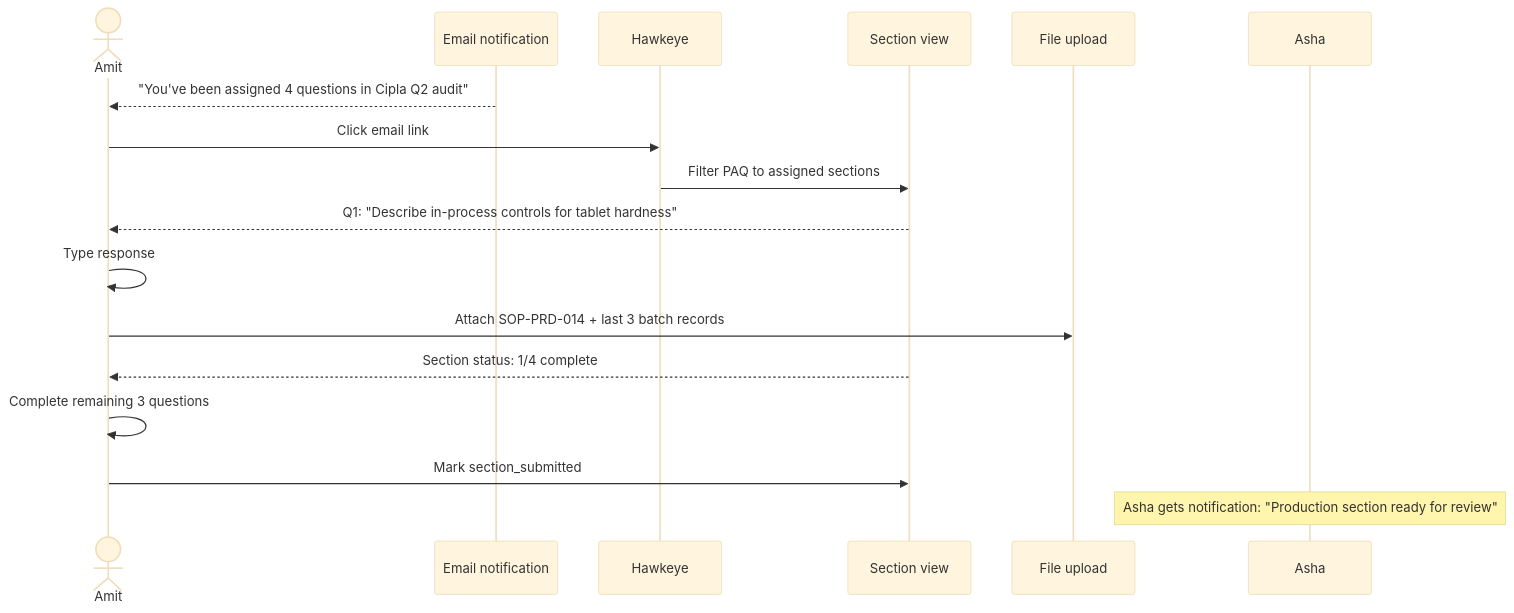
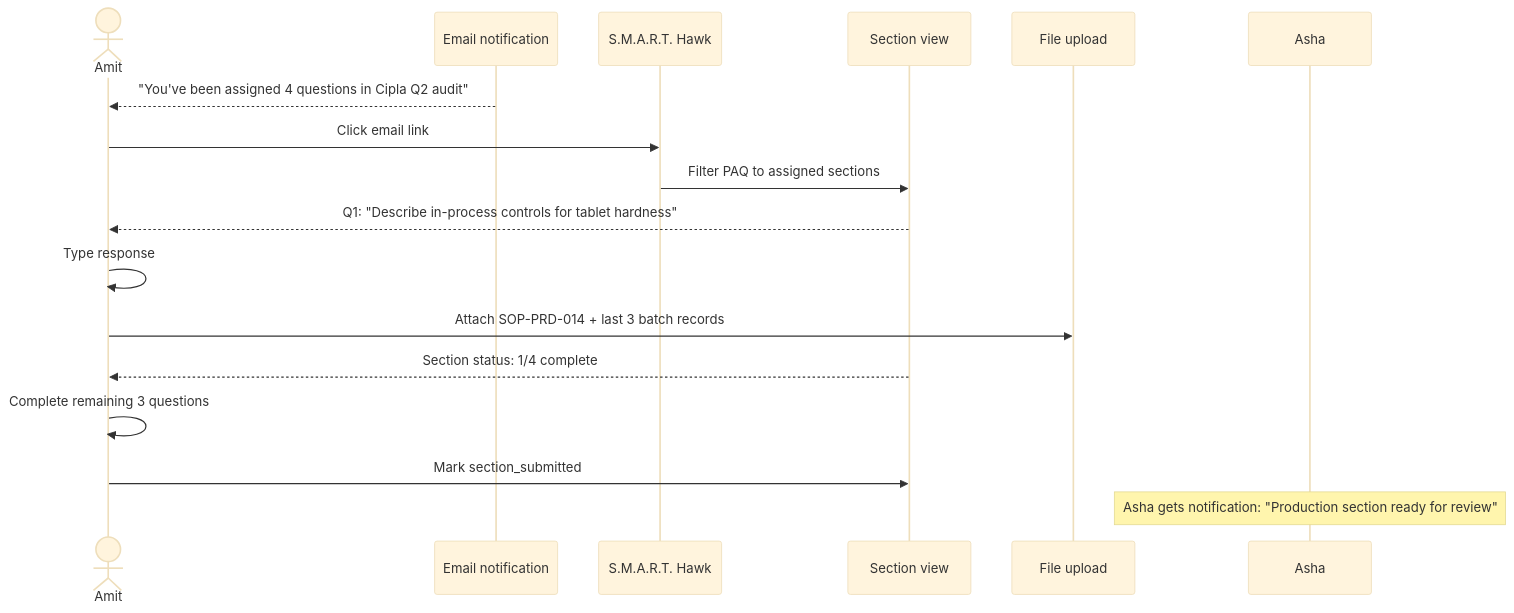
The sixth of 7 diagrams in 04-engineering/00-overview/PLATFORM-USER-FLOWS.md (hawkeyetransact-dotcom/doc_v2), drawn with Mermaid (base theme) before and after one commit. The commit also changed other lines of this file and 105 other files, not shown here.

First line of the commit message:
Rebrand docs: Hawkeye -> S.M.A.R.T. Hawk; S.M.A.R.T. five-pillar pipeline

````diff
--- a/04-engineering/00-overview/PLATFORM-USER-FLOWS.md
+++ b/04-engineering/00-overview/PLATFORM-USER-FLOWS.md
@@ -220,19 +220,19 @@
 ```mermaid
 sequenceDiagram
     actor Amit
     participant Email as Email notification
-    participant App as Hawkeye
+    participant App as S.M.A.R.T. Hawk
     participant Sec as Section view
     participant Upload as File upload
 
     Email-->>Amit: "You've been assigned 4 questions in Cipla Q2 audit"
     Amit->>App: Click email link
     App->>Sec: Filter PAQ to assigned sections
     Sec-->>Amit: Q1: "Describe in-process controls for tablet hardness"
     Amit->>Amit: Type response
     Amit->>Upload: Attach SOP-PRD-014 + last 3 batch records
     Sec-->>Amit: Section status: 1/4 complete
     Amit->>Amit: Complete remaining 3 questions
     Amit->>Sec: Mark section_submitted
     Note over Asha: Asha gets notification: "Production section ready for review"
 ```
````
